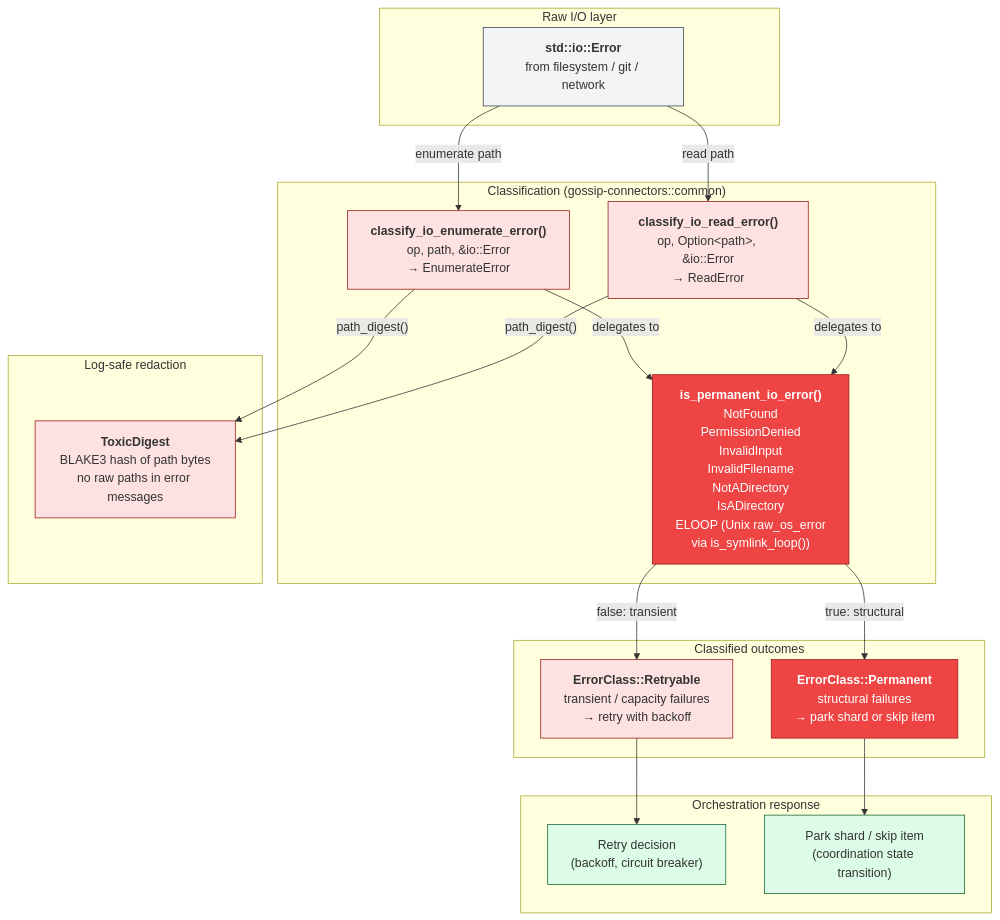
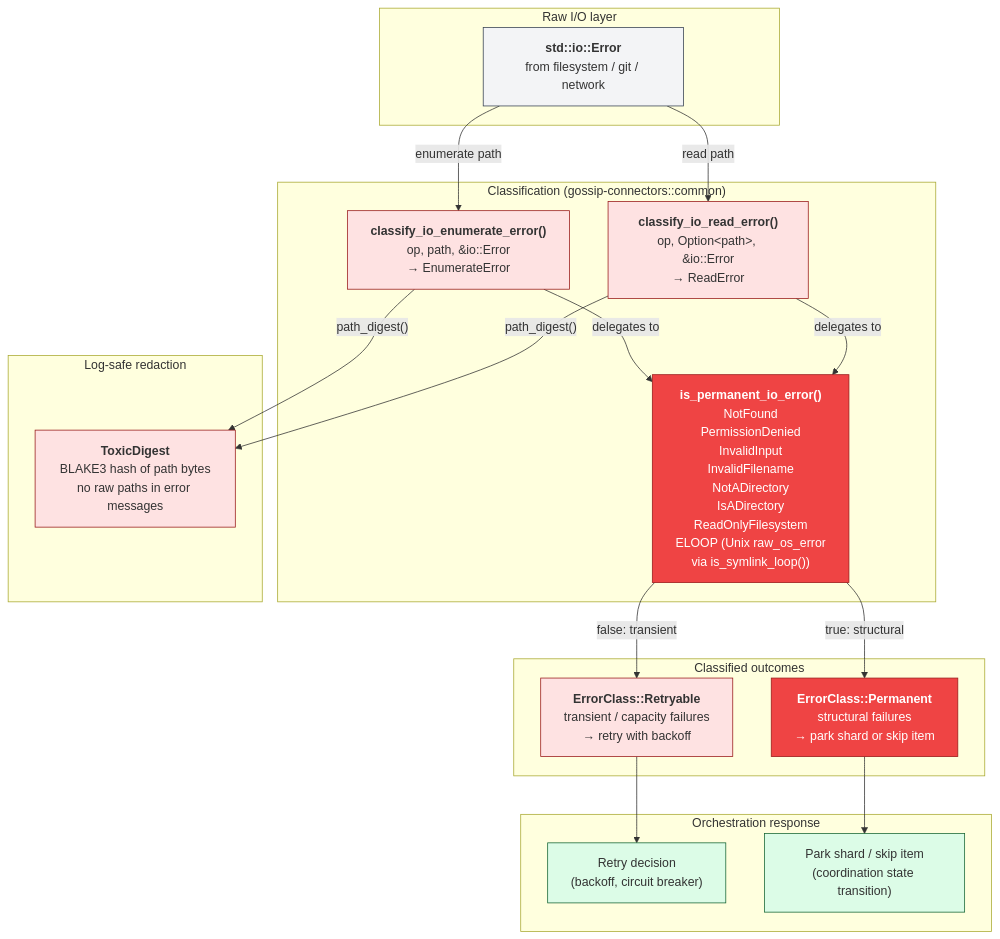
One commit to ahrav/Gossip-rs changed the fourth of 4 diagrams in diagrams/14-connector-architecture.md. Above: the diagram before and after it, drawn with Mermaid. The commit also changed other lines of this file and 1 other file, not shown here.

Commit message:
docs: audit drift fixes [connectors]
Auto-fix file inventories, type counts, identifier renames, and
cross-references for connectors boundary docs.

````diff
--- a/diagrams/14-connector-architecture.md
+++ b/diagrams/14-connector-architecture.md
@@ -239,51 +239,51 @@
 ```mermaid
 %% Diagram: error-classification-flow
 graph TD
     subgraph IO["Raw I/O layer"]
         IOE["<b>std::io::Error</b><br/>from filesystem / git / network"]
     end
 
     subgraph Classify["Classification (gossip-connectors::common)"]
-        IPIE["<b>is_permanent_io_error()</b><br/>NotFound<br/>PermissionDenied<br/>InvalidInput<br/>InvalidFilename<br/>NotADirectory<br/>IsADirectory<br/>ELOOP (Unix raw_os_error<br/>via is_symlink_loop())"]
+        IPIE["<b>is_permanent_io_error()</b><br/>NotFound<br/>PermissionDenied<br/>InvalidInput<br/>InvalidFilename<br/>NotADirectory<br/>IsADirectory<br/>ReadOnlyFilesystem<br/>ELOOP (Unix raw_os_error<br/>via is_symlink_loop())"]
         CIE2["<b>classify_io_enumerate_error()</b><br/>op, path, &io::Error<br/>→ EnumerateError"]
         CIR["<b>classify_io_read_error()</b><br/>op, Option&lt;path&gt;, &io::Error<br/>→ ReadError"]
     end
 
     IOE -->|"enumerate path"| CIE2
     IOE -->|"read path"| CIR
     CIE2 -->|"delegates to"| IPIE
     CIR -->|"delegates to"| IPIE
 
     subgraph Redaction["Log-safe redaction"]
         TD2["<b>ToxicDigest</b><br/>BLAKE3 hash of path bytes<br/>no raw paths in error messages"]
     end
 
     CIE2 -->|"path_digest()"| TD2
     CIR -->|"path_digest()"| TD2
 
     subgraph Outcomes["Classified outcomes"]
         RET["<b>ErrorClass::Retryable</b><br/>transient / capacity failures<br/>→ retry with backoff"]
         PERM["<b>ErrorClass::Permanent</b><br/>structural failures<br/>→ park shard or skip item"]
     end
 
     IPIE -->|"false: transient"| RET
     IPIE -->|"true: structural"| PERM
 
     subgraph Actions["Orchestration response"]
         RETRY["Retry decision<br/>(backoff, circuit breaker)"]
         PARK["Park shard / skip item<br/>(coordination state transition)"]
     end
 
     RET --> RETRY
     PERM --> PARK
 
     style IOE fill:#F3F4F6,stroke:#374151
     style IPIE fill:#EF4444,stroke:#991B1B,color:#fff
     style CIE2 fill:#FEE2E2,stroke:#991B1B
     style CIR fill:#FEE2E2,stroke:#991B1B
     style TD2 fill:#FEE2E2,stroke:#991B1B
     style RET fill:#FEE2E2,stroke:#991B1B
     style PERM fill:#EF4444,stroke:#991B1B,color:#fff
     style RETRY fill:#DCFCE7,stroke:#166534
     style PARK fill:#DCFCE7,stroke:#166534
 ```
````
